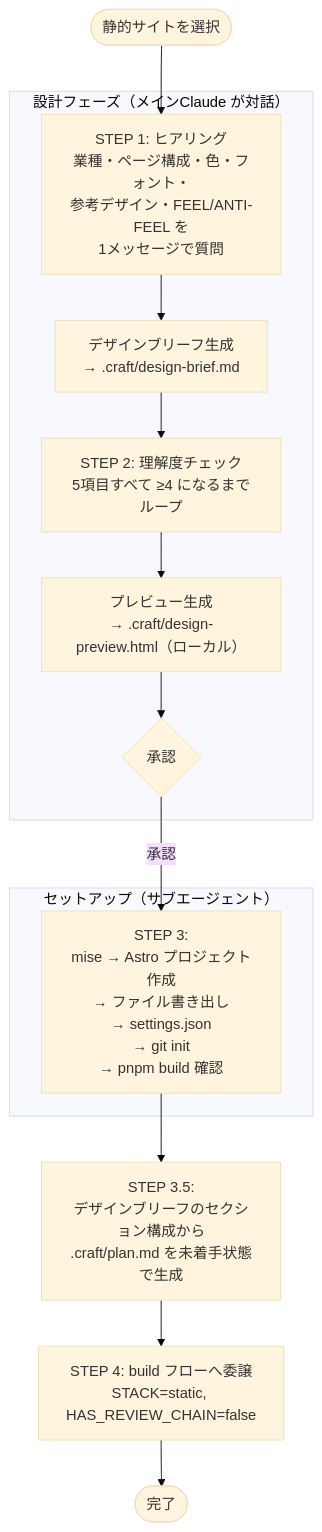
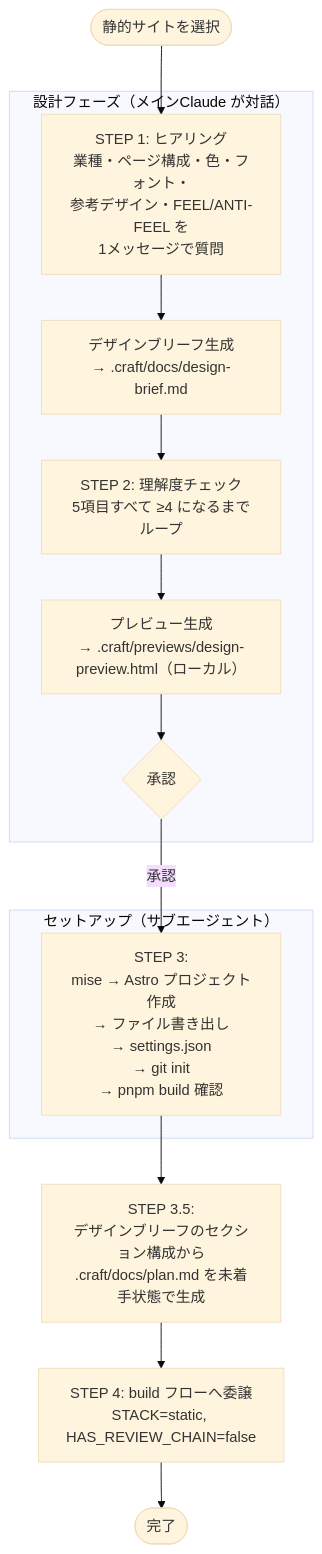
The diagram in claude/skills/craft/flows/new-static/README.md (agaemo/dotfiles), drawn with Mermaid (base theme) before and after one commit. The commit also changed other lines of this file and 29 other files, not shown here.

````diff
--- a/claude/skills/craft/flows/new-static/README.md
+++ b/claude/skills/craft/flows/new-static/README.md
@@ -6,22 +6,22 @@
 ```mermaid
 flowchart TD
     START([静的サイトを選択]) --> S1
 
     subgraph DESIGN["設計フェーズ（メインClaude が対話）"]
         S1["STEP 1: ヒアリング\n業種・ページ構成・色・フォント・\n参考デザイン・FEEL/ANTI-FEEL を\n1メッセージで質問"]
-        S1 --> S1B["デザインブリーフ生成\n→ .craft/design-brief.md"]
+        S1 --> S1B["デザインブリーフ生成\n→ .craft/docs/design-brief.md"]
         S1B --> S2["STEP 2: 理解度チェック\n5項目すべて ≥4 になるまでループ"]
-        S2 --> S2P["プレビュー生成\n→ .craft/design-preview.html（ローカル）"]
+        S2 --> S2P["プレビュー生成\n→ .craft/previews/design-preview.html（ローカル）"]
         S2P --> GATE{承認}
     end
 
     GATE -->|承認| S3
 
     subgraph SETUP["セットアップ（サブエージェント）"]
         S3["STEP 3:\nmise → Astro プロジェクト作成\n→ ファイル書き出し\n→ settings.json\n→ git init\n→ pnpm build 確認"]
     end
 
-    S3 --> S35["STEP 3.5:\nデザインブリーフのセクション構成から\n.craft/plan.md を未着手状態で生成"]
+    S3 --> S35["STEP 3.5:\nデザインブリーフのセクション構成から\n.craft/docs/plan.md を未着手状態で生成"]
     S35 --> S4["STEP 4: build フローへ委譲\nSTACK=static, HAS_REVIEW_CHAIN=false"]
     S4 --> END([完了])
 ```
````
